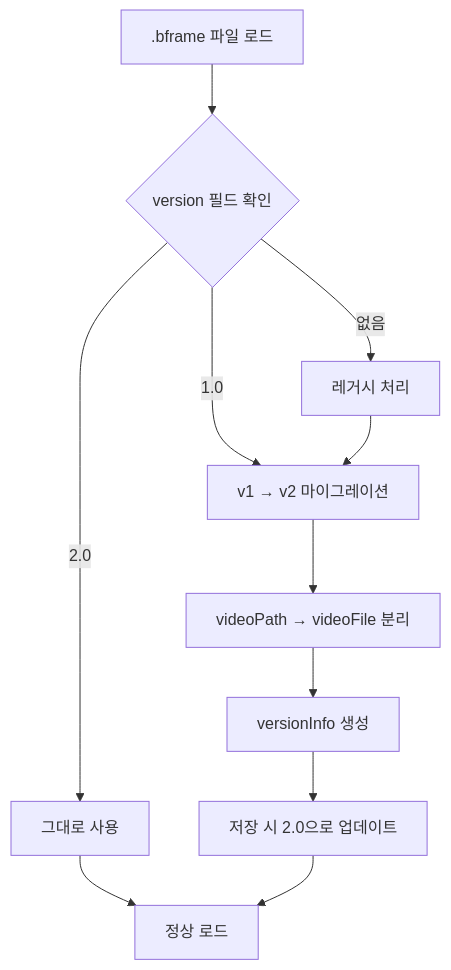
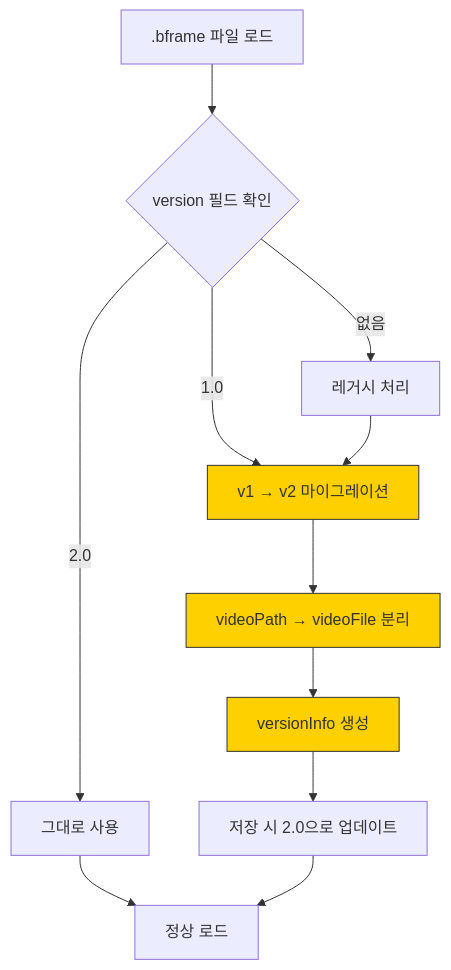
One commit to baehandoridori/BAEFRAME changed the sixth of 14 diagrams in DEVLOG/버전관리시스템-개발.md. Above: the diagram before and after it, drawn with Mermaid. The commit also changed other lines of this file, not shown here.

````diff
--- a/DEVLOG/버전관리시스템-개발.md
+++ b/DEVLOG/버전관리시스템-개발.md
@@ -232,15 +390,19 @@
 ```mermaid
 flowchart TD
     A[.bframe 파일 로드] --> B{version 필드 확인}
     B -->|1.0| C[v1 → v2 마이그레이션]
     B -->|2.0| D[그대로 사용]
     B -->|없음| E[레거시 처리]
 
     C --> F[videoPath → videoFile 분리]
     F --> G[versionInfo 생성]
     G --> H[저장 시 2.0으로 업데이트]
 
     E --> C
     D --> I[정상 로드]
     H --> I
+
+    style C fill:#ffd000,stroke:#333
+    style F fill:#ffd000,stroke:#333
+    style G fill:#ffd000,stroke:#333
 ```
````
